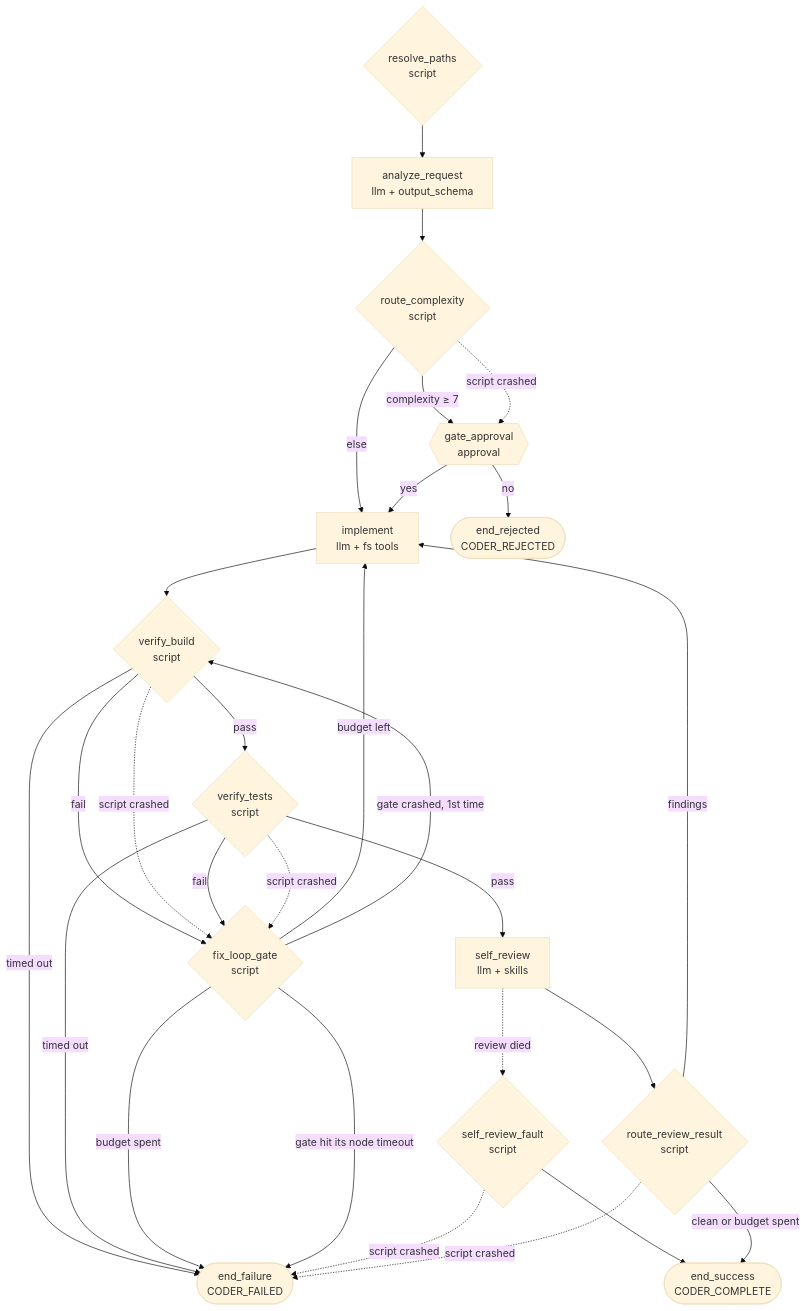
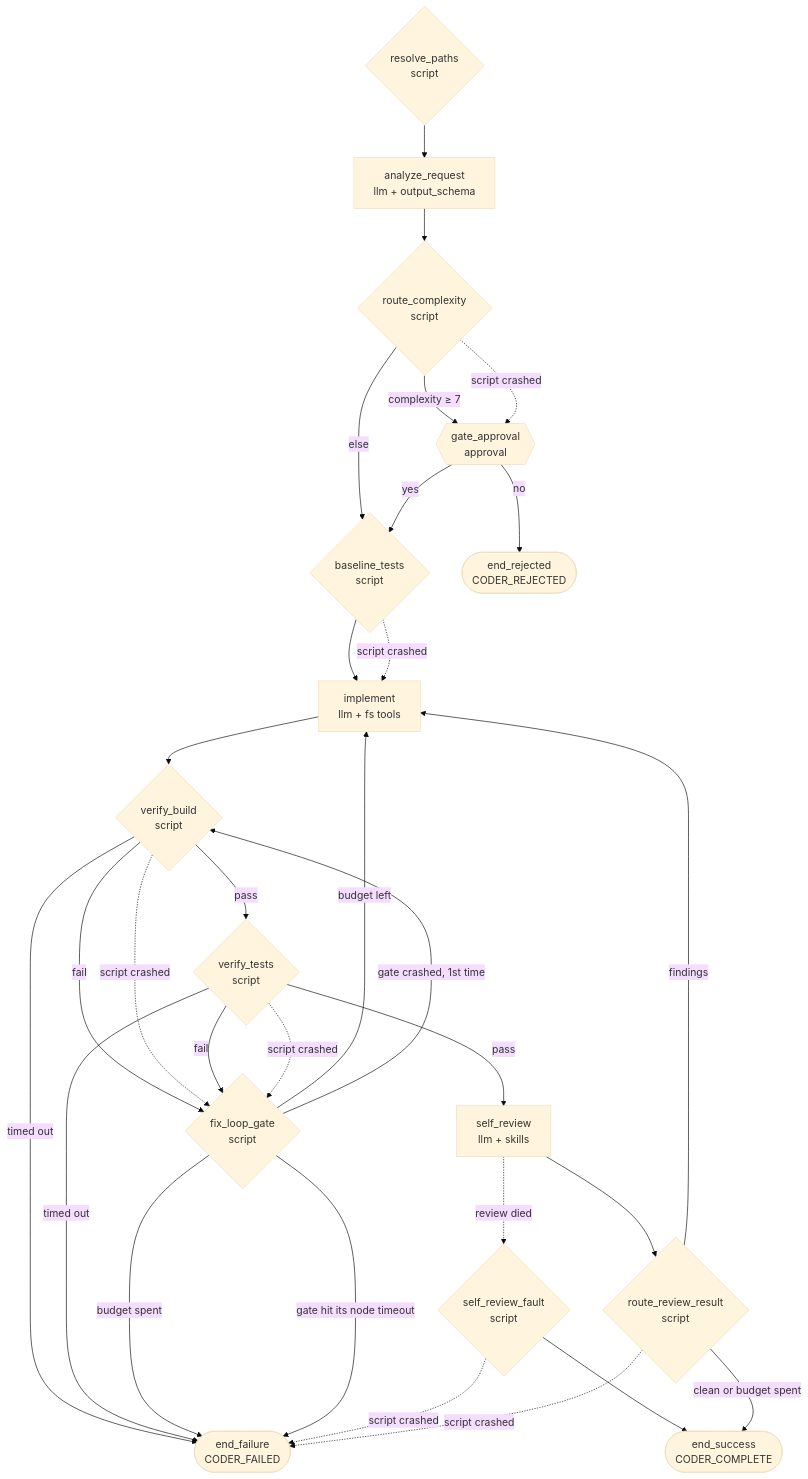
Before and after one commit to Dark-Alex-17/coyote: the diagram in assets/agents/coder/README.md, drawn with Mermaid (base theme). The commit also changed other lines of this file and 7 other files, not shown here.

First line of the commit message:
feat(TASK-378): baseline-aware coder test gate

````diff
--- a/assets/agents/coder/README.md
+++ b/assets/agents/coder/README.md
@@ -13,40 +13,42 @@
 ```mermaid
 flowchart TD
     resolve_paths{"resolve_paths<br/>script"} --> analyze_request
     analyze_request["analyze_request<br/>llm + output_schema"] --> route_complexity
     route_complexity{"route_complexity<br/>script"}
     route_complexity -->|"complexity ≥ 7"| gate_approval
-    route_complexity -->|else| implement
+    route_complexity -->|else| baseline_tests
     route_complexity -. "script crashed" .-> gate_approval
     gate_approval{{"gate_approval<br/>approval"}}
-    gate_approval -->|yes| implement
+    gate_approval -->|yes| baseline_tests
     gate_approval -->|no| end_rejected
+    baseline_tests{"baseline_tests<br/>script"} --> implement
+    baseline_tests -. "script crashed" .-> implement
     implement["implement<br/>llm + fs tools"] --> verify_build
     verify_build{"verify_build<br/>script"}
     verify_build -->|pass| verify_tests
     verify_build -->|fail| fix_loop_gate
     verify_build -->|"timed out"| end_failure
     verify_build -. "script crashed" .-> fix_loop_gate
     verify_tests{"verify_tests<br/>script"}
     verify_tests -->|pass| self_review
     verify_tests -->|fail| fix_loop_gate
     verify_tests -->|"timed out"| end_failure
     verify_tests -. "script crashed" .-> fix_loop_gate
     fix_loop_gate{"fix_loop_gate<br/>script"}
     fix_loop_gate -->|"budget left"| implement
     fix_loop_gate -->|"budget spent"| end_failure
     fix_loop_gate -->|"gate crashed, 1st time"| verify_build
     fix_loop_gate -->|"gate hit its node timeout"| end_failure
     self_review["self_review<br/>llm + skills"] --> route_review_result
     self_review -. "review died" .-> self_review_fault
     self_review_fault{"self_review_fault<br/>script"} --> end_success
     self_review_fault -. "script crashed" .-> end_failure
     route_review_result{"route_review_result<br/>script"}
     route_review_result -->|"clean or budget spent"| end_success
     route_review_result -->|findings| implement
     route_review_result -. "script crashed" .-> end_failure
 
     end_success(["end_success<br/>CODER_COMPLETE"])
     end_rejected(["end_rejected<br/>CODER_REJECTED"])
     end_failure(["end_failure<br/>CODER_FAILED"])
 ```
````
